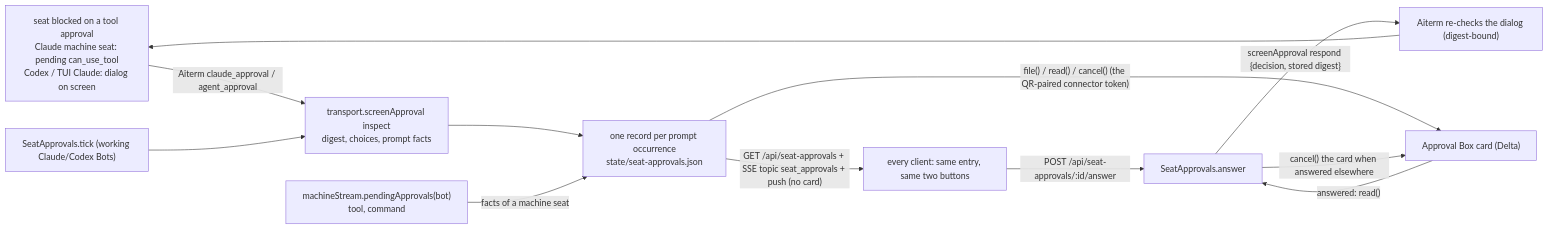
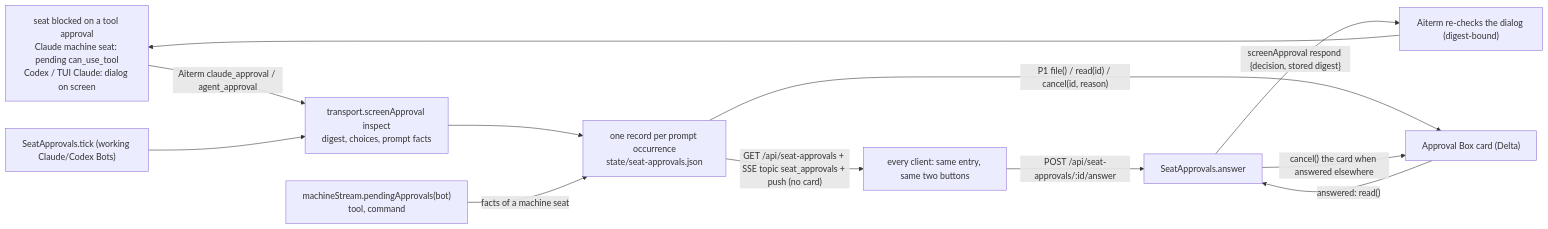
Before and after one commit to kitepon/BellTeam: the first of 2 diagrams in docs/architecture/modules/execution/seat-approvals.md, drawn with Mermaid. The commit also changed other lines of this file and 6 other files, not shown here.

````diff
--- a/docs/architecture/modules/execution/seat-approvals.md
+++ b/docs/architecture/modules/execution/seat-approvals.md
@@ -7,13 +7,13 @@
 ```mermaid
 flowchart LR
   Seat["seat blocked on a tool approval<br/>Claude machine seat: pending can_use_tool<br/>Codex / TUI Claude: dialog on screen"] -->|"Aiterm claude_approval / agent_approval"| Insp["transport.screenApproval inspect<br/>digest, choices, prompt facts"]
   Tick["SeatApprovals.tick (working Claude/Codex Bots)"] --> Insp
   Insp --> Rec["one record per prompt occurrence<br/>state/seat-approvals.json"]
   Stream["machineStream.pendingApprovals(bot)<br/>tool, command"] -->|facts of a machine seat| Rec
   Rec -->|"GET /api/seat-approvals + SSE topic seat_approvals + push (no card)"| Apps["every client: same entry, same two buttons"]
-  Rec -->|"file() / read() / cancel() (the QR-paired connector token)"| Card["Approval Box card (Delta)"]
+  Rec -->|"P1 file() / read(id) / cancel(id, reason)"| Card["Approval Box card (Delta)"]
   Apps -->|"POST /api/seat-approvals/:id/answer"| Ans["SeatApprovals.answer"]
   Card -->|"answered: read()"| Ans
   Ans -->|"screenApproval respond {decision, stored digest}"| Insp2["Aiterm re-checks the dialog (digest-bound)"] --> Seat
   Ans -->|"cancel() the card when answered elsewhere"| Card
 ```
````
